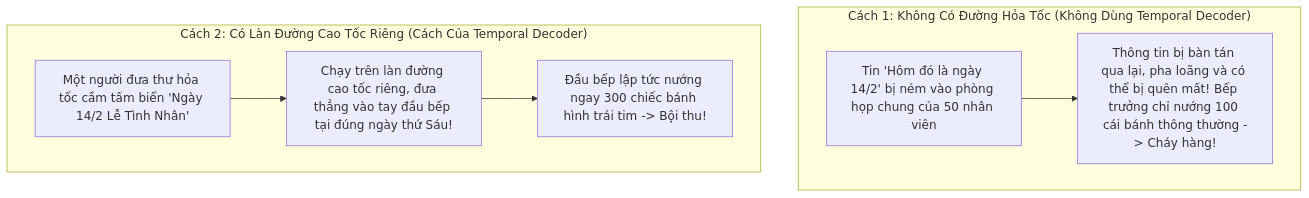
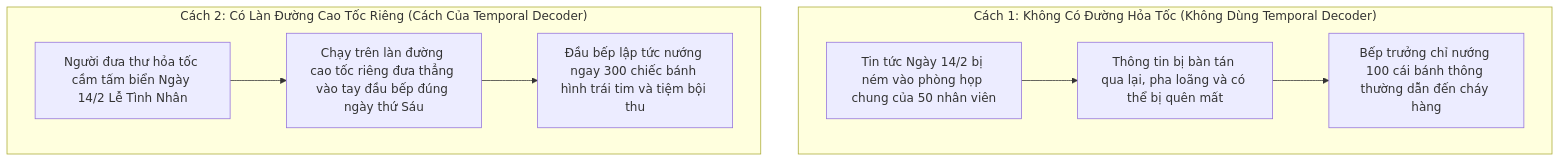
Before and after one commit to snowflake-vibing/Project-Experimental-TiDE: the first of 3 diagrams in glossary/temporal_decoder.md, drawn with Mermaid. The commit also changed other lines of this file, not shown here.

Commit message:
fix(glossary): fix Mermaid syntax and formula indentation in temporal_decoder.md

````diff
--- a/glossary/temporal_decoder.md
+++ b/glossary/temporal_decoder.md
@@ -19,15 +19,18 @@
 ```mermaid
 flowchart TD
     subgraph Cach1 ["Cách 1: Không Có Đường Hỏa Tốc (Không Dùng Temporal Decoder)"]
-        Info1["Tin 'Hôm đó là ngày 14/2' bị ném vào phòng họp chung của 50 nhân viên"]
-        Confuse1["Thông tin bị bàn tán qua lại, pha loãng và có thể bị quên mất! Bếp trưởng chỉ nướng 100 cái bánh thông thường -> Cháy hàng!"]
+        Info1["Tin tức Ngày 14/2 bị ném vào phòng họp chung của 50 nhân viên"]
+        Confuse1["Thông tin bị bàn tán qua lại, pha loãng và có thể bị quên mất"]
+        Fail1["Bếp trưởng chỉ nướng 100 cái bánh thông thường dẫn đến cháy hàng"]
         Info1 --> Confuse1
+        Confuse1 --> Fail1
     end
 
     subgraph Cach2 ["Cách 2: Có Làn Đường Cao Tốc Riêng (Cách Của Temporal Decoder)"]
-        Info2["Một người đưa thư hỏa tốc cầm tấm biển 'Ngày 14/2 Lễ Tình Nhân'"]
-        Direct2["Chạy trên làn đường cao tốc riêng, đưa thẳng vào tay đầu bếp tại đúng ngày thứ Sáu!"]
-        Action2["Đầu bếp lập tức nướng ngay 300 chiếc bánh hình trái tim -> Bội thu!"]
-        Info2 --> Direct2 --> Action2
+        Info2["Người đưa thư hỏa tốc cầm tấm biển Ngày 14/2 Lễ Tình Nhân"]
+        Direct2["Chạy trên làn đường cao tốc riêng đưa thẳng vào tay đầu bếp đúng ngày thứ Sáu"]
+        Action2["Đầu bếp lập tức nướng ngay 300 chiếc bánh hình trái tim và tiệm bội thu"]
+        Info2 --> Direct2
+        Direct2 --> Action2
     end
 ```
````
